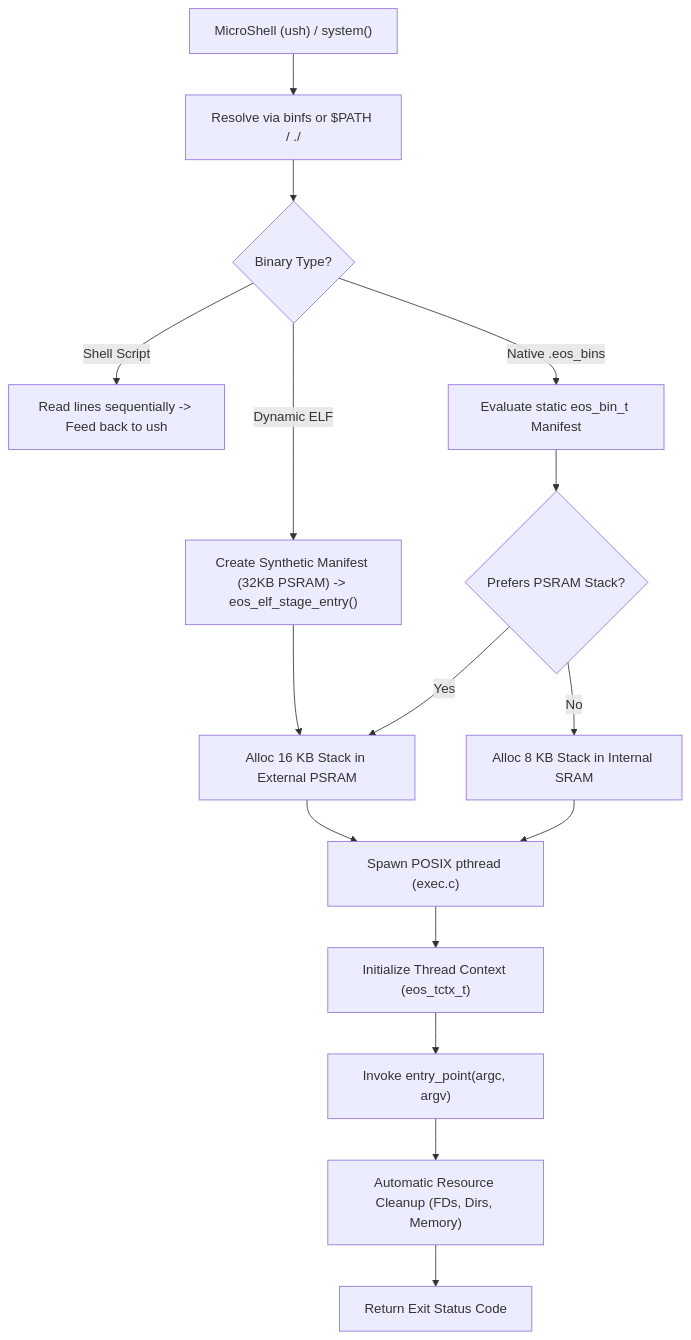
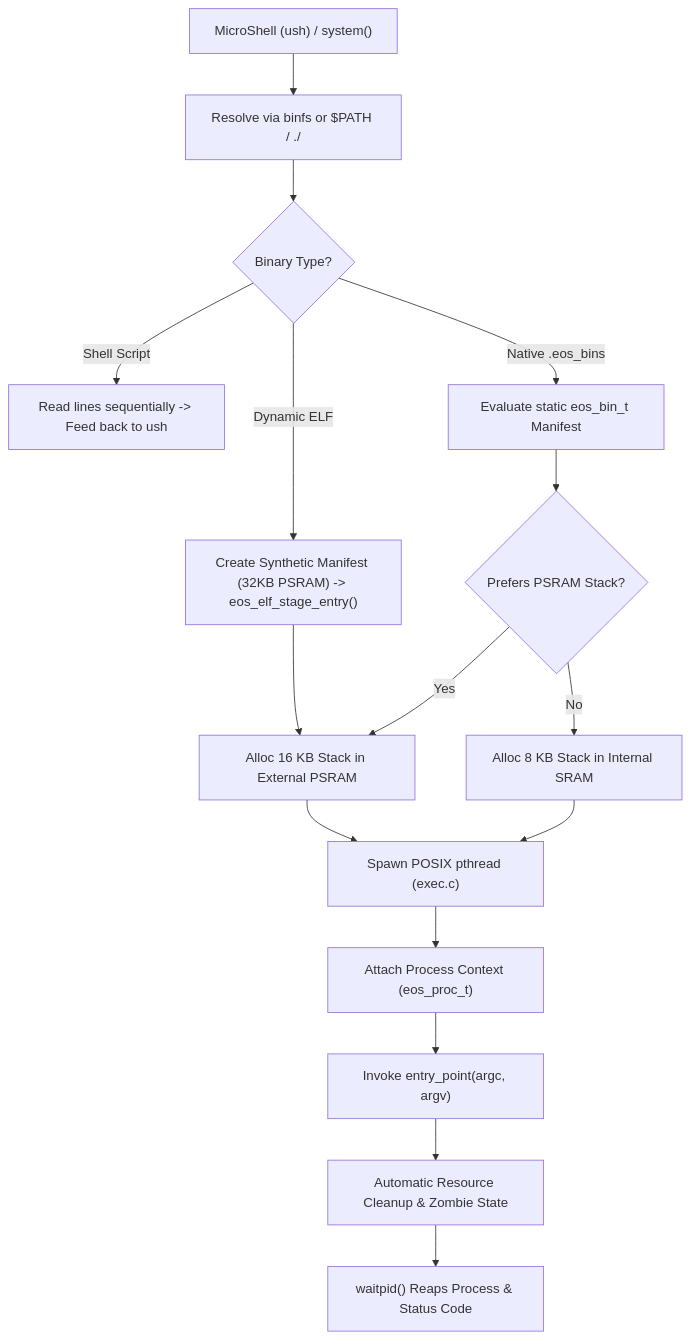
One commit to frostmorn/eos changed the diagram in docs/binaries/execution-architecture.md. Above: the diagram before and after it, drawn with Mermaid. The commit also changed other lines of this file and 39 other files, not shown here.

````diff
--- a/docs/binaries/execution-architecture.md
+++ b/docs/binaries/execution-architecture.md
@@ -80,22 +80,22 @@
 ```mermaid
 flowchart TD
     Shell["MicroShell (ush) / system()"] --> Resolve["Resolve via binfs or $PATH / ./"]
     Resolve --> CheckType{"Binary Type?"}
     
     CheckType -->|Shell Script| ExecScript["Read lines sequentially -> Feed back to ush"]
     CheckType -->|Dynamic ELF| ELFStage["Create Synthetic Manifest (32KB PSRAM) -> eos_elf_stage_entry()"]
     CheckType -->|Native .eos_bins| Manifest["Evaluate static eos_bin_t Manifest"]
     
     Manifest --> StackCheck{"Prefers PSRAM Stack?"}
     StackCheck -->|Yes| AllocPSRAM["Alloc 16 KB Stack in External PSRAM"]
     StackCheck -->|No| AllocSRAM["Alloc 8 KB Stack in Internal SRAM"]
     ELFStage --> AllocPSRAM
     
     AllocPSRAM --> Pthread["Spawn POSIX pthread (exec.c)"]
     AllocSRAM --> Pthread
     
-    Pthread --> SetupTLS["Initialize Thread Context (eos_tctx_t)"]
+    Pthread --> SetupTLS["Attach Process Context (eos_proc_t)"]
     SetupTLS --> Run["Invoke entry_point(argc, argv)"]
-    Run --> Cleanup["Automatic Resource Cleanup (FDs, Dirs, Memory)"]
-    Cleanup --> Join["Return Exit Status Code"]
+    Run --> Cleanup["Automatic Resource Cleanup & Zombie State"]
+    Cleanup --> Join["waitpid() Reaps Process & Status Code"]
 ```
````
